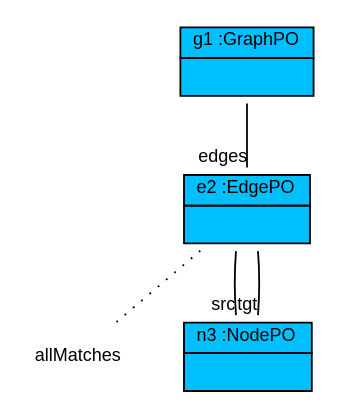
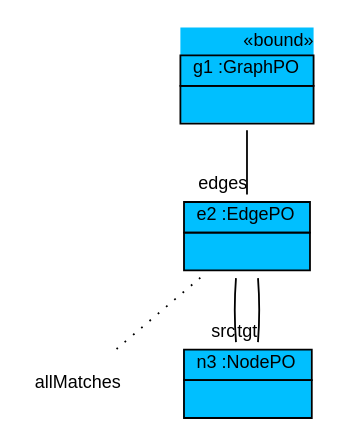
Before and after one commit to fujaba/SDMLib: the diagram in doc/TTC2011HelloWorldCountNumberOfNodesPatternDiagram24.dot, drawn with Graphviz. The commit also changed 145 other files, not shown here.

```diff
--- a/doc/TTC2011HelloWorldCountNumberOfNodesPatternDiagram24.dot
+++ b/doc/TTC2011HelloWorldCountNumberOfNodesPatternDiagram24.dot
@@ -1,14 +1,14 @@
 graph ObjectDiagram {
    node [shape = none, fontsize = 10, fontname = "Arial"];
    edge [fontsize = 10, fontname = "Arial"];
 
-g1 [label=<<table border='0' cellborder='1' cellspacing='0' color='black' bgcolor='deepskyblue'>  <tr> <td align='center'> <font color='black'> g1 :GraphPO </font></td></tr> <tr> <td align='left'> <table border='0' cellborder='0' cellspacing='0' color='black'> <tr> <td>  </td></tr></table></td></tr></table>>];
+g1 [label=<<table border='0' cellborder='1' cellspacing='0' color='black' bgcolor='deepskyblue'> <tr> <td border='0' align='right'><font color='black'>&#171;bound&#187;</font></td></tr> <tr> <td align='center'> <font color='black'> g1 :GraphPO </font></td></tr> <tr> <td align='left'> <table border='0' cellborder='0' cellspacing='0' color='black'> <tr> <td>  </td></tr></table></td></tr></table>>];
 e2 [label=<<table border='0' cellborder='1' cellspacing='0' color='black' bgcolor='deepskyblue'>  <tr> <td align='center'> <font color='black'> e2 :EdgePO </font></td></tr> <tr> <td align='left'> <table border='0' cellborder='0' cellspacing='0' color='black'> <tr> <td>  </td></tr></table></td></tr></table>>];
 allMatches_e2 [label=allMatches];
 n3 [label=<<table border='0' cellborder='1' cellspacing='0' color='black' bgcolor='deepskyblue'>  <tr> <td align='center'> <font color='black'> n3 :NodePO </font></td></tr> <tr> <td align='left'> <table border='0' cellborder='0' cellspacing='0' color='black'> <tr> <td>  </td></tr></table></td></tr></table>>];
 
 e2 -- allMatches_e2 [style="dotted"];
 g1 -- e2 [headlabel = "edges" taillabel = "" color="black" fontcolor="black"];
 e2 -- n3 [headlabel = "src" taillabel = "" color="black" fontcolor="black"];
 e2 -- n3 [headlabel = "tgt" taillabel = "" color="black" fontcolor="black"];
 }
```
